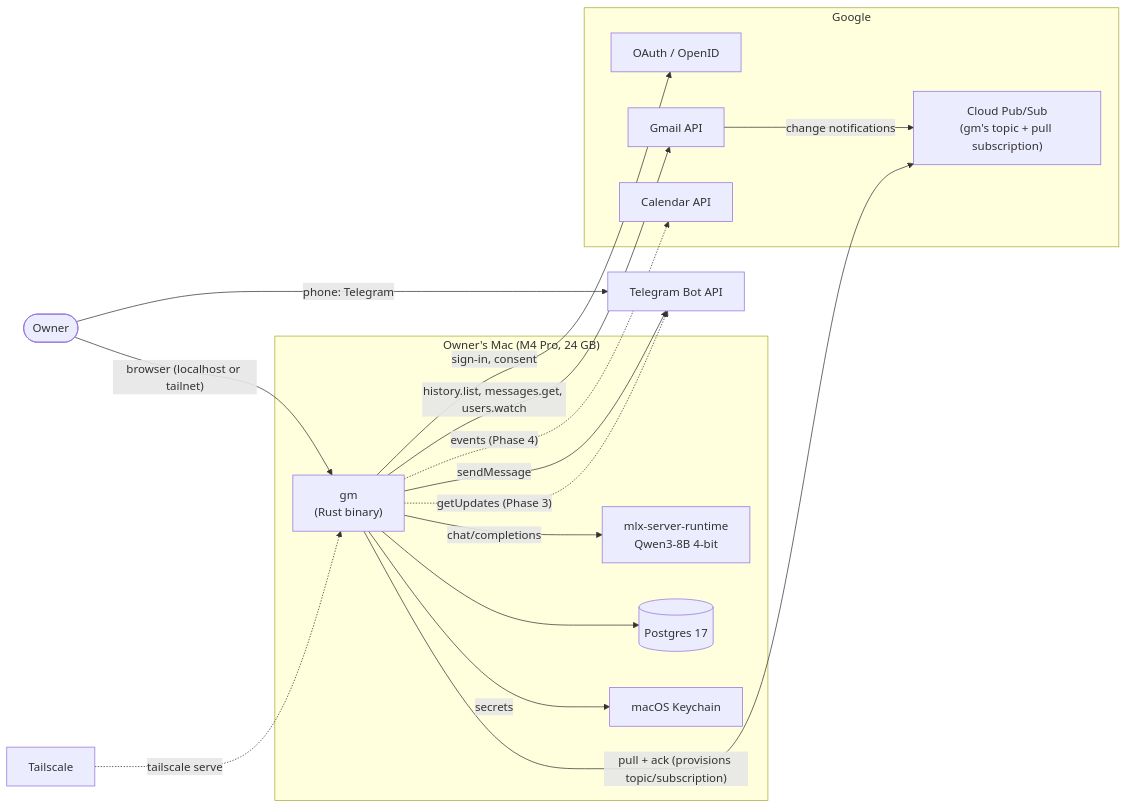
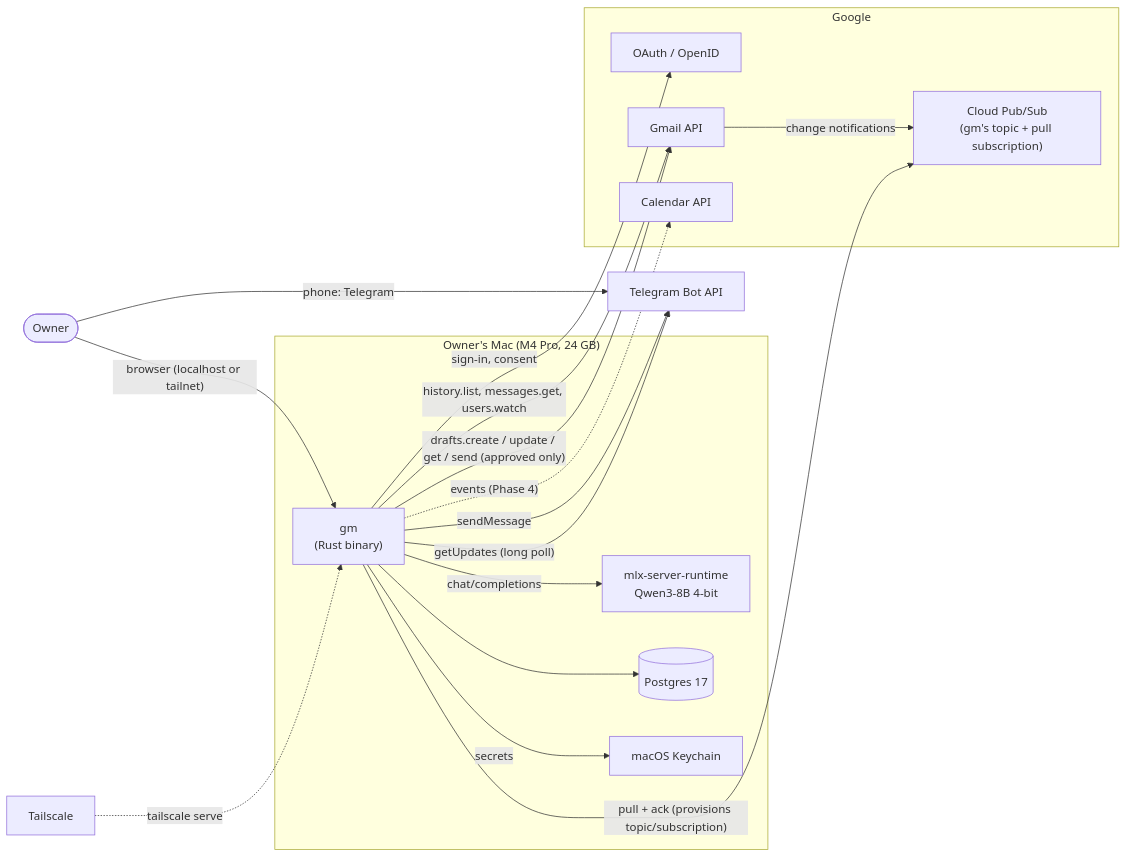
The first of 12 diagrams in docs/architecture.md (huydt84/google-management), drawn with Mermaid before and after one commit. The commit also changed other lines of this file and 67 other files, not shown here.

````diff
--- a/docs/architecture.md
+++ b/docs/architecture.md
@@ -37,32 +37,33 @@
 ```mermaid
 flowchart LR
     owner(["Owner"])
     subgraph mac["Owner's Mac (M4 Pro, 24 GB)"]
         gm["gm<br/>(Rust binary)"]
         llm["mlx-server-runtime<br/>Qwen3-8B 4-bit"]
         pg[("Postgres 17")]
         kc["macOS Keychain"]
     end
     subgraph google["Google"]
         oauth["OAuth / OpenID"]
         gmail["Gmail API"]
         pubsub["Cloud Pub/Sub<br/>(gm's topic + pull subscription)"]
         cal["Calendar API"]
     end
     tg["Telegram Bot API"]
     ts["Tailscale"]
 
     owner -- "browser (localhost or tailnet)" --> gm
     owner -- "phone: Telegram" --> tg
     ts -. "tailscale serve" .-> gm
     gm -- "sign-in, consent" --> oauth
     gm -- "history.list, messages.get, users.watch" --> gmail
     gmail -- "change notifications" --> pubsub
     gm -- "pull + ack (provisions topic/subscription)" --> pubsub
     gm -- "chat/completions" --> llm
     gm --> pg
     gm -- "secrets" --> kc
     gm -- "sendMessage" --> tg
-    gm -. "getUpdates (Phase 3)" .-> tg
+    gm -- "getUpdates (long poll)" --> tg
+    gm -- "drafts.create / update / get / send (approved only)" --> gmail
     gm -. "events (Phase 4)" .-> cal
 ```
````
